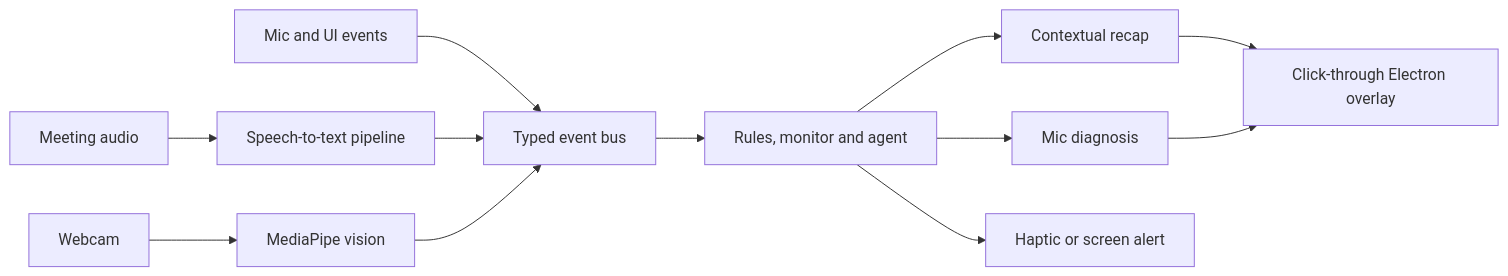
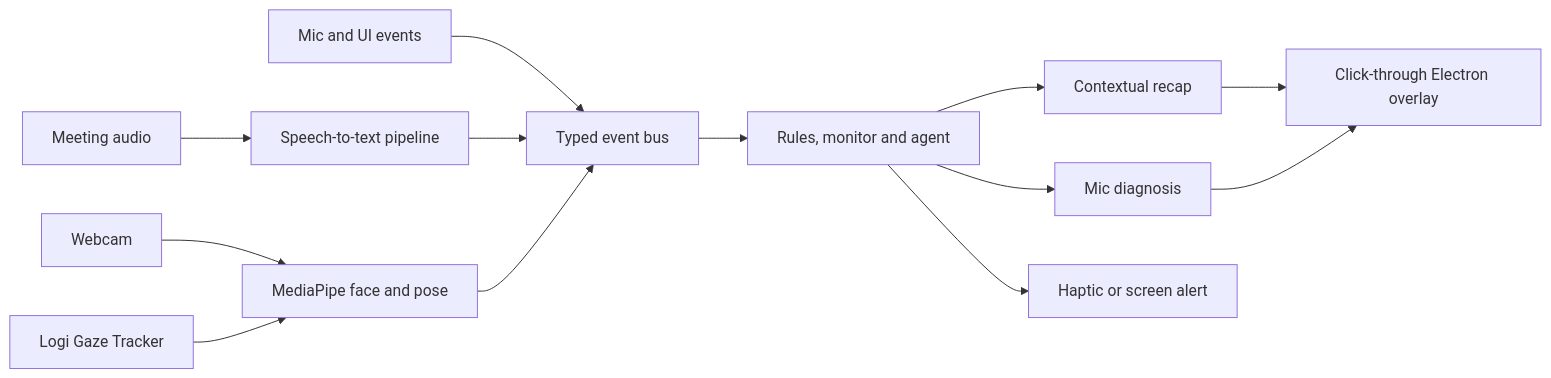
One commit to Thibaud-Babin/Edgrunners_hackathon changed the diagram in README.md. Above: the diagram before and after it, drawn with Mermaid. The commit also changed other lines of this file and 6 other files, not shown here.

````diff
--- a/README.md
+++ b/README.md
@@ -38,14 +38,15 @@
 ```mermaid
 flowchart LR
     A[Meeting audio] --> B[Speech-to-text pipeline]
-    C[Webcam] --> D[MediaPipe vision]
+    C[Webcam] --> D[MediaPipe face and pose]
+    L[Logi Gaze Tracker] --> D
     E[Mic and UI events] --> F[Typed event bus]
     B --> F
     D --> F
     F --> G[Rules, monitor and agent]
     G --> H[Contextual recap]
     G --> I[Mic diagnosis]
     G --> J[Haptic or screen alert]
     H --> K[Click-through Electron overlay]
     I --> K
 ```
````
